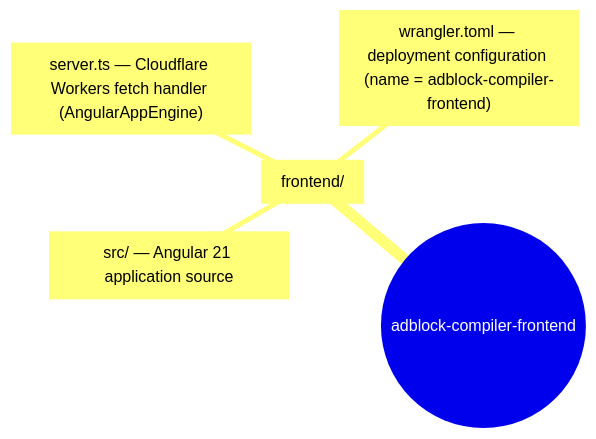
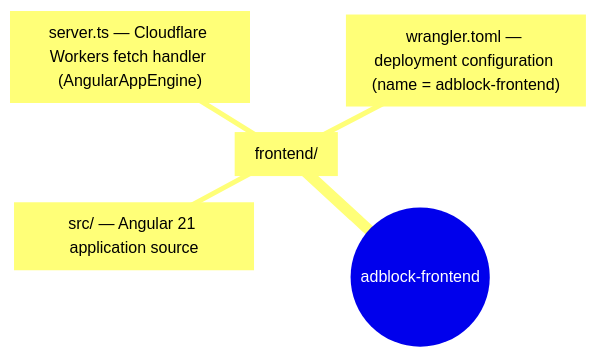
The second of 4 diagrams in docs/deployment/CLOUDFLARE_WORKERS_ARCHITECTURE.md (jaypatrick/adblock-compiler), drawn with Mermaid before and after one commit. The commit also changed other lines of this file and 9 other files, not shown here.

First line of the commit message:
chore: rename Cloudflare frontend Worker from adblock-compiler-frontend to adblock-frontend

````diff
--- a/docs/deployment/CLOUDFLARE_WORKERS_ARCHITECTURE.md
+++ b/docs/deployment/CLOUDFLARE_WORKERS_ARCHITECTURE.md
@@ -78,8 +78,8 @@
 ```mermaid
 mindmap
-  root((adblock-compiler-frontend))
+  root((adblock-frontend))
     frontend["frontend/"]
       src["src/ — Angular 21 application source"]
       server["server.ts — Cloudflare Workers fetch handler (AngularAppEngine)"]
-      wrangler["wrangler.toml — deployment configuration (name = adblock-compiler-frontend)"]
+      wrangler["wrangler.toml — deployment configuration (name = adblock-frontend)"]
 ```
````
